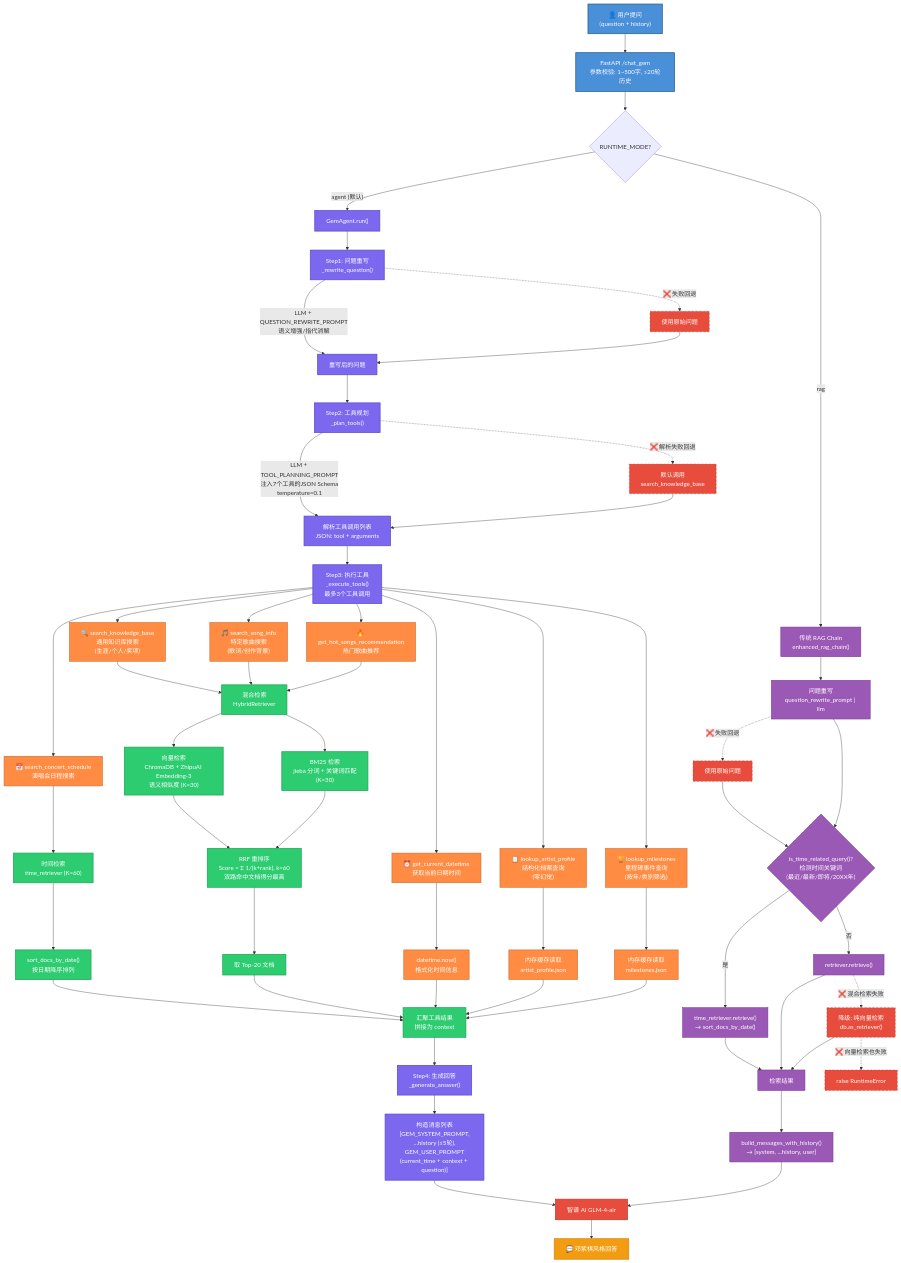
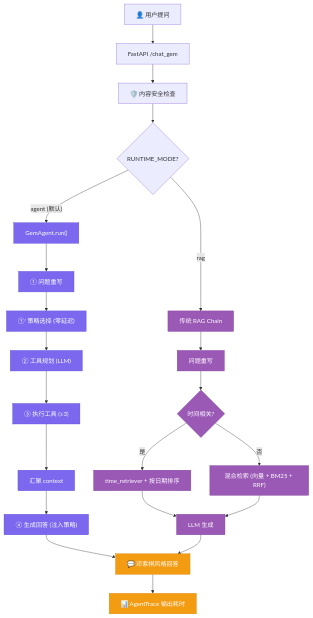
One commit to Reyotsed/GEM_FAN_CLUB_RAG changed the diagram in README.md. Above: the diagram before and after it, drawn with Mermaid. The commit also changed other lines of this file and 52 other files, not shown here.

Commit message:
feat: synchronize latest RAG agent and memory architecture

````diff
--- a/README.md
+++ b/README.md
@@ -152,99 +269,32 @@
 ```mermaid
 graph TB
-    %% ═══════════ 入口层 ═══════════
-    A["👤 用户提问<br/>(question + history)"] --> B["FastAPI /chat_gem<br/>参数校验: 1~500字, ≤20轮历史"]
-    B --> C{RUNTIME_MODE?}
+    A["👤 用户提问"] --> B["FastAPI /chat_gem"]
+    B --> SAFETY["🛡️ 内容安全检查"]
+    SAFETY --> C{RUNTIME_MODE?}
 
-    %% ═══════════ Agent 模式 ═══════════
     C -->|"agent (默认)"| D["GemAgent.run()"]
+    D --> D1["① 问题重写"]
+    D1 --> DS["①' 策略选择 (零延迟)"]
+    DS --> D2["② 工具规划 (LLM)"]
+    D2 --> D3["③ 执行工具 (≤3)"]
+    D3 --> CTX["汇聚 context"]
+    CTX --> D4["④ 生成回答 (注入策略)"]
+    D4 --> ANS["💬 邓紫棋风格回答"]
+    ANS --> TRACE["📊 AgentTrace 输出耗时"]
 
-    D --> D1["Step1: 问题重写<br/>_rewrite_question()"]
-    D1 -->|"LLM + QUESTION_REWRITE_PROMPT<br/>语义增强/指代消解"| D1a["重写后的问题"]
-    D1 -.->|"❌ 失败回退"| D1b["使用原始问题"]
-    D1b --> D1a
+    C -->|"rag"| E["传统 RAG Chain"]
+    E --> E1["问题重写"]
+    E1 --> E2{时间相关?}
+    E2 -->|是| E3["time_retriever + 按日期排序"]
+    E2 -->|否| E4["混合检索 (向量 + BM25 + RRF)"]
+    E3 --> E5["LLM 生成"]
+    E4 --> E5
+    E5 --> ANS
 
-    D1a --> D2["Step2: 工具规划<br/>_plan_tools()"]
-    D2 -->|"LLM + TOOL_PLANNING_PROMPT<br/>注入7个工具的JSON Schema<br/>temperature=0.1"| D2a["解析工具调用列表<br/>JSON: tool + arguments"]
-    D2 -.->|"❌ 解析失败回退"| D2b["默认调用<br/>search_knowledge_base"]
-    D2b --> D2a
-
-    D2a --> D3["Step3: 执行工具<br/>_execute_tools()<br/>最多3个工具调用"]
-
-    %% ═══════════ 7个工具 ═══════════
-    D3 --> T1["🔍 search_knowledge_base<br/>通用知识库搜索<br/>(生涯/个人/奖项)"]
-    D3 --> T2["📅 search_concert_schedule<br/>演唱会日程搜索"]
-    D3 --> T3["🎵 search_song_info<br/>特定歌曲搜索<br/>(歌词/创作背景)"]
-    D3 --> T4["⏰ get_current_datetime<br/>获取当前日期时间"]
-    D3 --> T5["🔥 get_hot_songs_recommendation<br/>热门歌曲推荐"]
-    D3 --> T6["📋 lookup_artist_profile<br/>结构化档案查询<br/>(零幻觉)"]
-    D3 --> T7["🏆 lookup_milestones<br/>里程碑事件查询<br/>(按年/类别筛选)"]
-
-    %% ═══════════ 工具 → 检索链 ═══════════
-    T1 --> HR["混合检索<br/>HybridRetriever"]
-    T2 --> HR_T["时间检索<br/>time_retriever (K=60)"]
-    T3 --> HR
-    T5 --> HR
-
-    HR_T --> SORT["sort_docs_by_date()<br/>按日期降序排列"]
-    SORT --> CTX
-
-    T4 --> DT["datetime.now()<br/>格式化时间信息"]
-    T6 --> SD1["内存缓存读取<br/>artist_profile.json"]
-    T7 --> SD2["内存缓存读取<br/>milestones.json"]
-
-    %% ═══════════ 混合检索详细流程 ═══════════
-    HR --> V["向量检索<br/>ChromaDB + ZhipuAI Embedding-3<br/>语义相似度 (K=30)"]
-    HR --> BM["BM25 检索<br/>jieba 分词 + 关键词匹配<br/>(K=30)"]
-    V & BM --> RRF["RRF 重排序<br/>Score = Σ 1/(k+rank), k=60<br/>双路命中文档得分最高"]
-    RRF --> TOP["取 Top-20 文档"]
-    TOP --> CTX
-
-    %% ═══════════ 汇聚生成回答 ═══════════
-    DT --> CTX["汇聚工具结果<br/>拼接为 context"]
-    SD1 --> CTX
-    SD2 --> CTX
-
-    CTX --> D4["Step4: 生成回答<br/>_generate_answer()"]
-    D4 --> PROMPT["构造消息列表<br/>[GEM_SYSTEM_PROMPT,<br/>...history (≤5轮),<br/>GEM_USER_PROMPT<br/>(current_time + context + question)]"]
-    PROMPT --> LLM["智谱 AI GLM-4-air"]
-    LLM --> ANS["💬 邓紫棋风格回答"]
-
-    %% ═══════════ RAG 模式 ═══════════
-    C -->|"rag"| E["传统 RAG Chain<br/>enhanced_rag_chain()"]
-
-    E --> E1["问题重写<br/>question_rewrite_prompt | llm"]
-    E1 -.->|"❌ 失败回退"| E1b["使用原始问题"]
-    E1b --> E2
-    E1 --> E2{"is_time_related_query()?<br/>检测时间关键词<br/>(最近/最新/即将/20XX年)"}
-
-    E2 -->|"是"| E3["time_retriever.retrieve()<br/>→ sort_docs_by_date()"]
-    E2 -->|"否"| E4["retriever.retrieve()"]
-    E3 --> E5
-    E4 --> E5["检索结果"]
-    E4 -.->|"❌ 混合检索失败"| E4b["降级: 纯向量检索<br/>db.as_retriever()"]
-    E4b --> E5
-    E4b -.->|"❌ 向量检索也失败"| ERR["raise RuntimeError"]
-
-    E5 --> E6["build_messages_with_history()<br/>→ [system, ...history, user]"]
-    E6 --> LLM
-
-    %% ═══════════ 样式定义 ═══════════
-    classDef entryStyle fill:#4A90D9,stroke:#2C5F8A,color:#fff,stroke-width:2px
-    classDef agentStyle fill:#7B68EE,stroke:#5A4FCF,color:#fff,stroke-width:2px
-    classDef toolStyle fill:#FF8C42,stroke:#CC6B2E,color:#fff,stroke-width:1.5px
-    classDef retrievalStyle fill:#2ECC71,stroke:#1FA855,color:#fff,stroke-width:2px
-    classDef llmStyle fill:#E74C3C,stroke:#C0392B,color:#fff,stroke-width:2px
-    classDef ragStyle fill:#9B59B6,stroke:#7D3C98,color:#fff,stroke-width:1.5px
-    classDef resultStyle fill:#F39C12,stroke:#D68910,color:#fff,stroke-width:2px
-    classDef errorStyle fill:#E74C3C,stroke:#C0392B,color:#fff,stroke-dasharray:5 5
-
-    class A,B entryStyle
-    class D,D1,D1a,D2,D2a,D3,D4,PROMPT agentStyle
-    class T1,T2,T3,T4,T5,T6,T7 toolStyle
-    class HR,HR_T,V,BM,RRF,TOP,SORT,CTX retrievalStyle
-    class LLM llmStyle
-    class E,E1,E2,E3,E4,E5,E6 ragStyle
-    class ANS resultStyle
-    class D1b,D2b,E1b,E4b,ERR errorStyle
-    class DT,SD1,SD2 toolStyle
+    classDef agent fill:#7B68EE,stroke:#5A4FCF,color:#fff
+    classDef rag   fill:#9B59B6,stroke:#7D3C98,color:#fff
+    classDef result fill:#F39C12,stroke:#D68910,color:#fff
+    class D,D1,DS,D2,D3,D4,CTX agent
+    class E,E1,E2,E3,E4,E5 rag
+    class ANS,TRACE result
 ```
````
